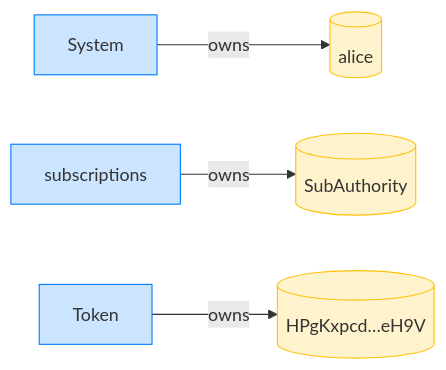
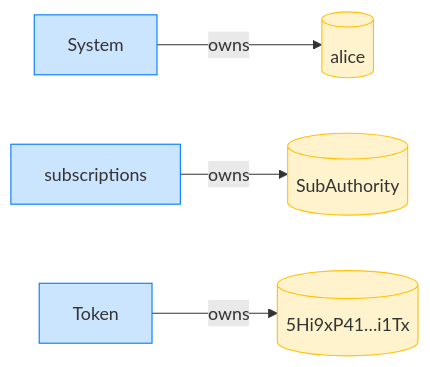
The fourth of 12 diagrams in dsl_tests/transfer-subscription--a-whitelisted-destination-is-allowed.md (cds-rs/subscriptions), drawn with Mermaid before and after one commit. The commit also changed other lines of this file and 224 other files, not shown here.

````diff
--- a/dsl_tests/transfer-subscription--a-whitelisted-destination-is-allowed.md
+++ b/dsl_tests/transfer-subscription--a-whitelisted-destination-is-allowed.md
@@ -73,14 +78,14 @@
 ```mermaid
 flowchart LR
     classDef owner fill:#cce5ff,stroke:#007bff;
     classDef account fill:#fff3cd,stroke:#ffc107;
     System[System]:::owner
     alice[(alice)]:::account
     subscriptions[subscriptions]:::owner
     SubAuthority[(SubAuthority)]:::account
     Token[Token]:::owner
-    HPgKxpcd_eH9V[("HPgKxpcd…eH9V")]:::account
+    5Hi9xP41_i1Tx[("5Hi9xP41…i1Tx")]:::account
     System -->|owns| alice
     subscriptions -->|owns| SubAuthority
-    Token -->|owns| HPgKxpcd_eH9V
+    Token -->|owns| 5Hi9xP41_i1Tx
 ```
````
